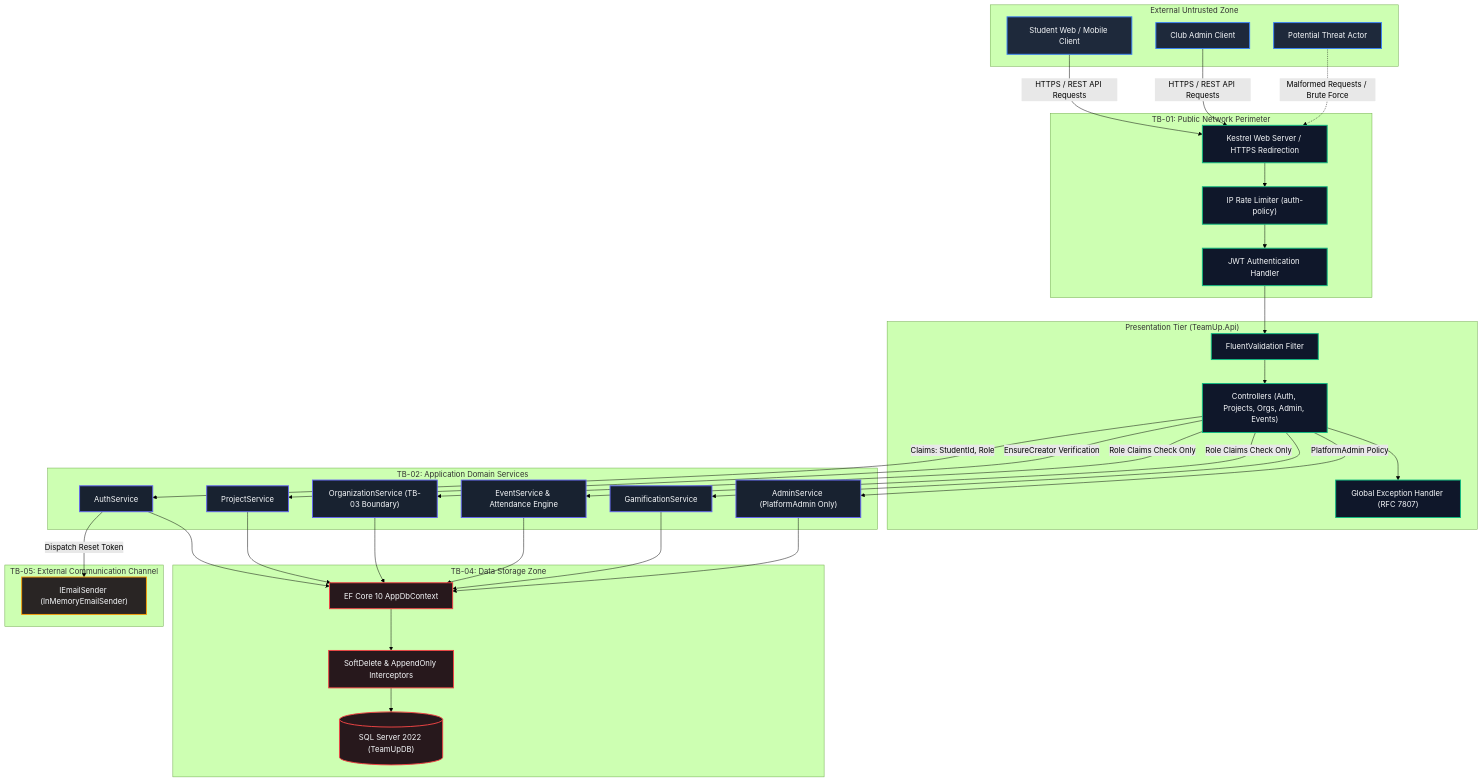
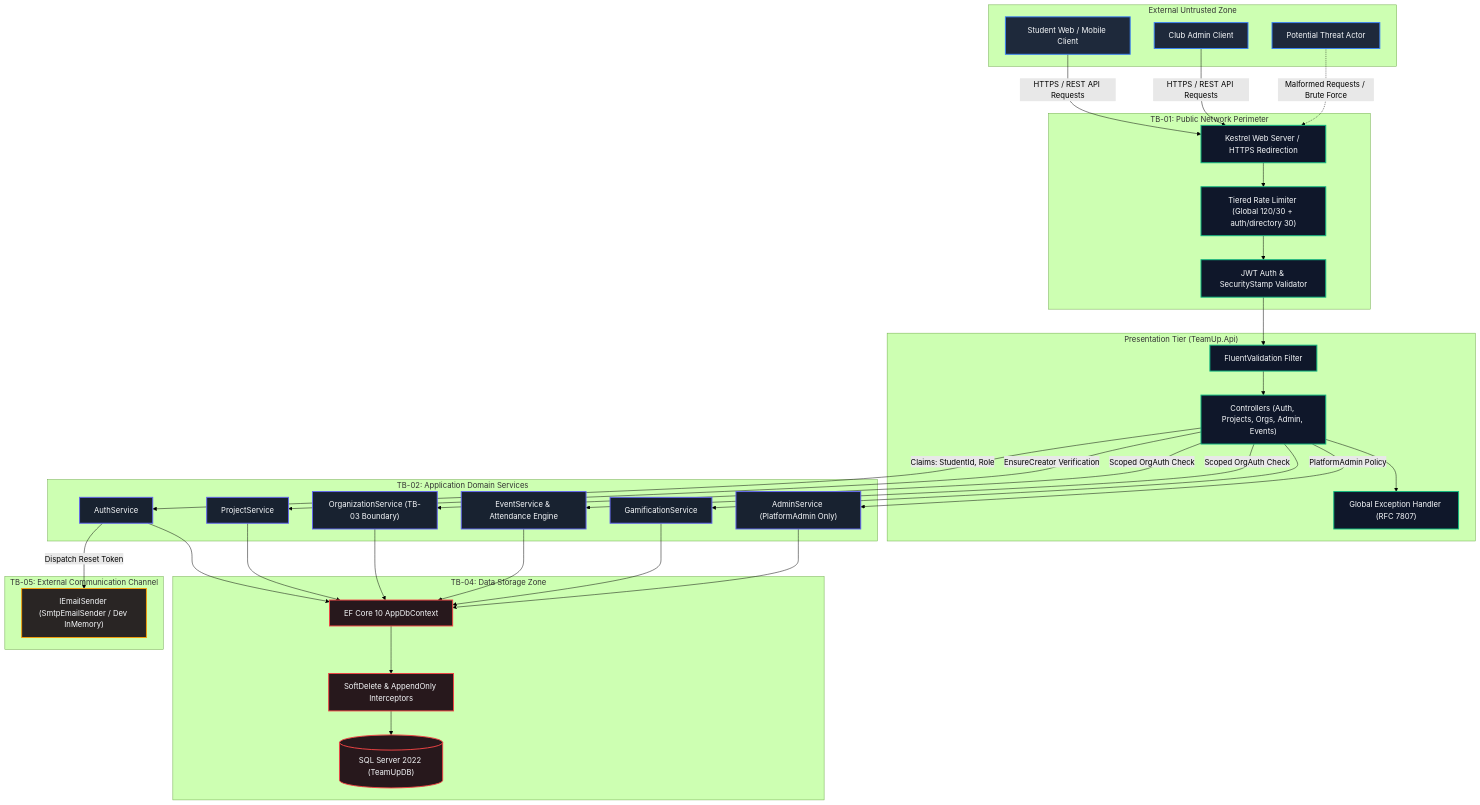
One commit to AhmedTyson/TeamUp changed the diagram in docs/security/STRIDE-THREAT-MODEL.md. Above: the diagram before and after it, drawn with Mermaid (forest theme). The commit also changed other lines of this file and 34 other files, not shown here.

Commit message:
docs: refine README, wiki, ERD/mapping specs, API guides, and add LICENSE

````diff
--- a/docs/security/STRIDE-THREAT-MODEL.md
+++ b/docs/security/STRIDE-THREAT-MODEL.md
@@ -45,73 +45,73 @@
 ```mermaid
 flowchart TD
     classDef client fill:#1e293b,stroke:#3b82f6,stroke-width:2px,color:#f8fafc;
     classDef api fill:#0f172a,stroke:#10b981,stroke-width:2px,color:#f8fafc;
     classDef core fill:#182230,stroke:#6366f1,stroke-width:2px,color:#f8fafc;
     classDef data fill:#27181c,stroke:#ef4444,stroke-width:2px,color:#f8fafc;
     classDef ext fill:#292524,stroke:#f59e0b,stroke-width:2px,color:#f8fafc;
 
     subgraph External["External Untrusted Zone"]
         StudentClient["Student Web / Mobile Client"]:::client
         OrgAdminClient["Club Admin Client"]:::client
         Attacker["Potential Threat Actor"]:::client
     end
 
     subgraph Edge["TB-01: Public Network Perimeter"]
         Kestrel["Kestrel Web Server / HTTPS Redirection"]:::api
-        RateLimiter["IP Rate Limiter (auth-policy)"]:::api
-        AuthHandler["JWT Authentication Handler"]:::api
+        RateLimiter["Tiered Rate Limiter (Global 120/30 + auth/directory 30)"]:::api
+        AuthHandler["JWT Auth & SecurityStamp Validator"]:::api
     end
 
     subgraph PresentationTier["Presentation Tier (TeamUp.Api)"]
         ValidationFilter["FluentValidation Filter"]:::api
         Controllers["Controllers (Auth, Projects, Orgs, Admin, Events)"]:::api
         GlobalExHandler["Global Exception Handler (RFC 7807)"]:::api
     end
 
     subgraph ApplicationTier["TB-02: Application Domain Services"]
         AuthSvc["AuthService"]:::core
         ProjectSvc["ProjectService"]:::core
         OrgSvc["OrganizationService (TB-03 Boundary)"]:::core
         EventSvc["EventService & Attendance Engine"]:::core
         GamificationSvc["GamificationService"]:::core
         AdminSvc["AdminService (PlatformAdmin Only)"]:::core
     end
 
     subgraph PersistenceTier["TB-04: Data Storage Zone"]
         AppDbContext["EF Core 10 AppDbContext"]:::data
         Interceptors["SoftDelete & AppendOnly Interceptors"]:::data
         Database[("SQL Server 2022 (TeamUpDB)")]:::data
     end
 
     subgraph OutOfBand["TB-05: External Communication Channel"]
-        EmailService["IEmailSender (InMemoryEmailSender)"]:::ext
+        EmailService["IEmailSender (SmtpEmailSender / Dev InMemory)"]:::ext
     end
 
     StudentClient -->|HTTPS / REST API Requests| Kestrel
     OrgAdminClient -->|HTTPS / REST API Requests| Kestrel
     Attacker -.->|Malformed Requests / Brute Force| Kestrel
 
     Kestrel --> RateLimiter
     RateLimiter --> AuthHandler
     AuthHandler --> ValidationFilter
     ValidationFilter --> Controllers
     Controllers --> GlobalExHandler
 
     Controllers -->|Claims: StudentId, Role| AuthSvc
     Controllers -->|EnsureCreator Verification| ProjectSvc
-    Controllers -->|Role Claims Check Only| OrgSvc
-    Controllers -->|Role Claims Check Only| EventSvc
+    Controllers -->|Scoped OrgAuth Check| OrgSvc
+    Controllers -->|Scoped OrgAuth Check| EventSvc
     Controllers -->|PlatformAdmin Policy| AdminSvc
     Controllers --> GamificationSvc
 
     AuthSvc --> AppDbContext
     ProjectSvc --> AppDbContext
     OrgSvc --> AppDbContext
     EventSvc --> AppDbContext
     GamificationSvc --> AppDbContext
     AdminSvc --> AppDbContext
 
     AuthSvc -->|Dispatch Reset Token| EmailService
     AppDbContext --> Interceptors
     Interceptors --> Database
 ```
````
